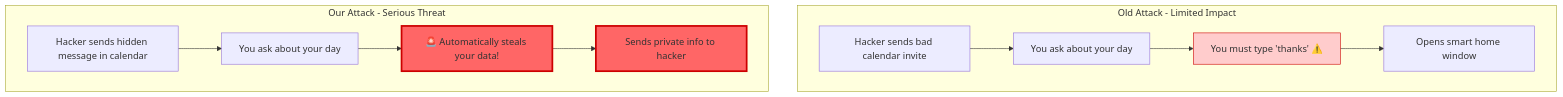
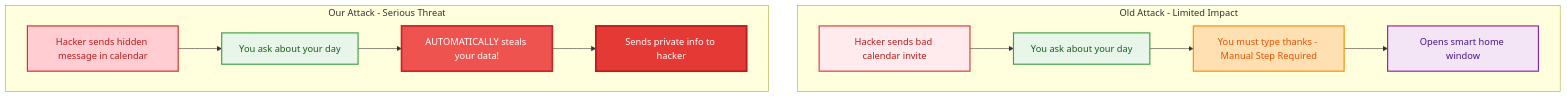
The third of 4 diagrams in jk_slide.md (yxl74/AI_PITCH), drawn with Mermaid before and after one commit. The commit also changed other lines of this file, not shown here.

````diff
--- a/jk_slide.md
+++ b/jk_slide.md
@@ -62,17 +69,22 @@
 ```mermaid
 graph TB
     subgraph "Old Attack - Limited Impact"
         OA[Hacker sends bad calendar invite] --> OB[You ask about your day]
-        OB --> OC[You must type 'thanks' ⚠️]
+        OB --> OC[You must type thanks - Manual Step Required]
         OC --> OD[Opens smart home window]
-        style OC fill:#ffcccc,stroke:#cc0000
+        style OA fill:#FFEBEE,stroke:#E53935,stroke-width:2px,color:#B71C1C
+        style OB fill:#E8F5E9,stroke:#43A047,stroke-width:2px,color:#1B5E20
+        style OC fill:#FFE0B2,stroke:#FB8C00,stroke-width:2px,color:#E65100
+        style OD fill:#F3E5F5,stroke:#8E24AA,stroke-width:2px,color:#4A148C
     end
     
     subgraph "Our Attack - Serious Threat"
         NA[Hacker sends hidden message in calendar] --> NB[You ask about your day]
-        NB --> NC[🚨 Automatically steals your data!]
+        NB --> NC[AUTOMATICALLY steals your data!]
         NC --> ND[Sends private info to hacker]
-        style NC fill:#ff6666,stroke:#cc0000,stroke-width:3px
-        style ND fill:#ff6666,stroke:#cc0000,stroke-width:3px
+        style NA fill:#FFCDD2,stroke:#D32F2F,stroke-width:2px,color:#B71C1C
+        style NB fill:#E8F5E9,stroke:#43A047,stroke-width:2px,color:#1B5E20
+        style NC fill:#EF5350,stroke:#C62828,stroke-width:3px,color:#FFFFFF
+        style ND fill:#E53935,stroke:#B71C1C,stroke-width:3px,color:#FFFFFF
     end
 ```
````
